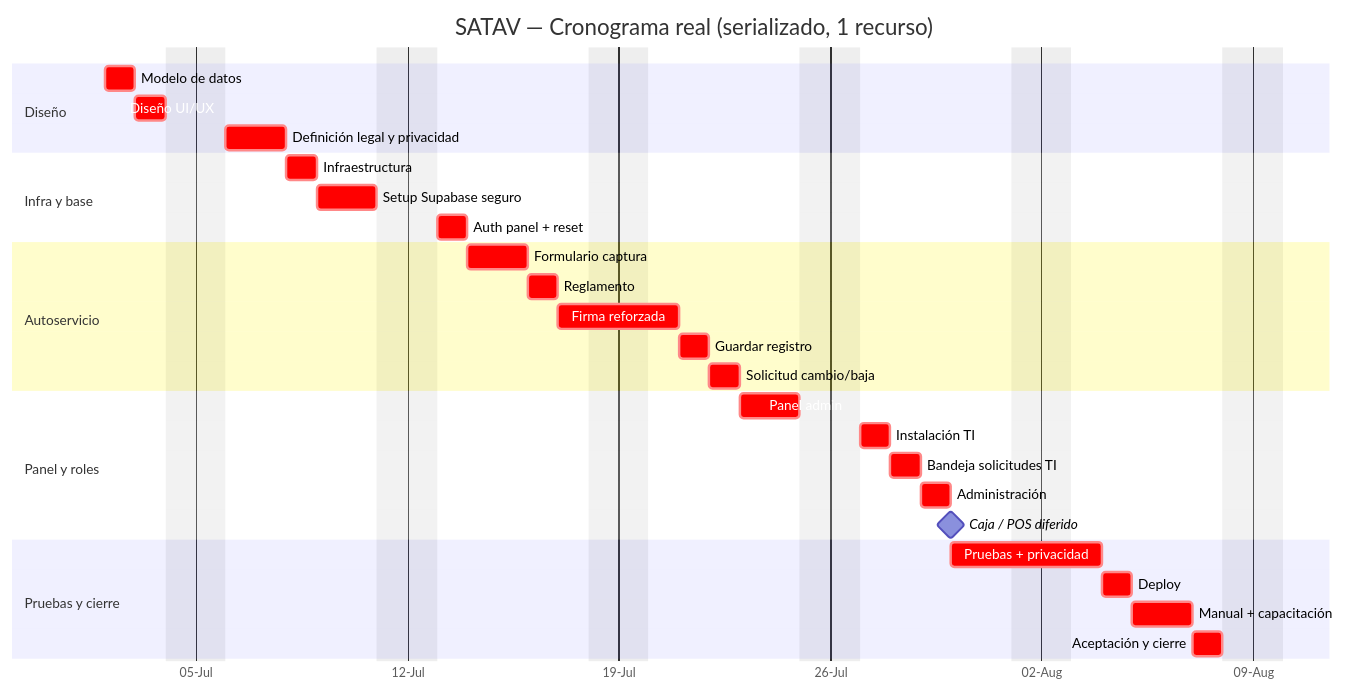
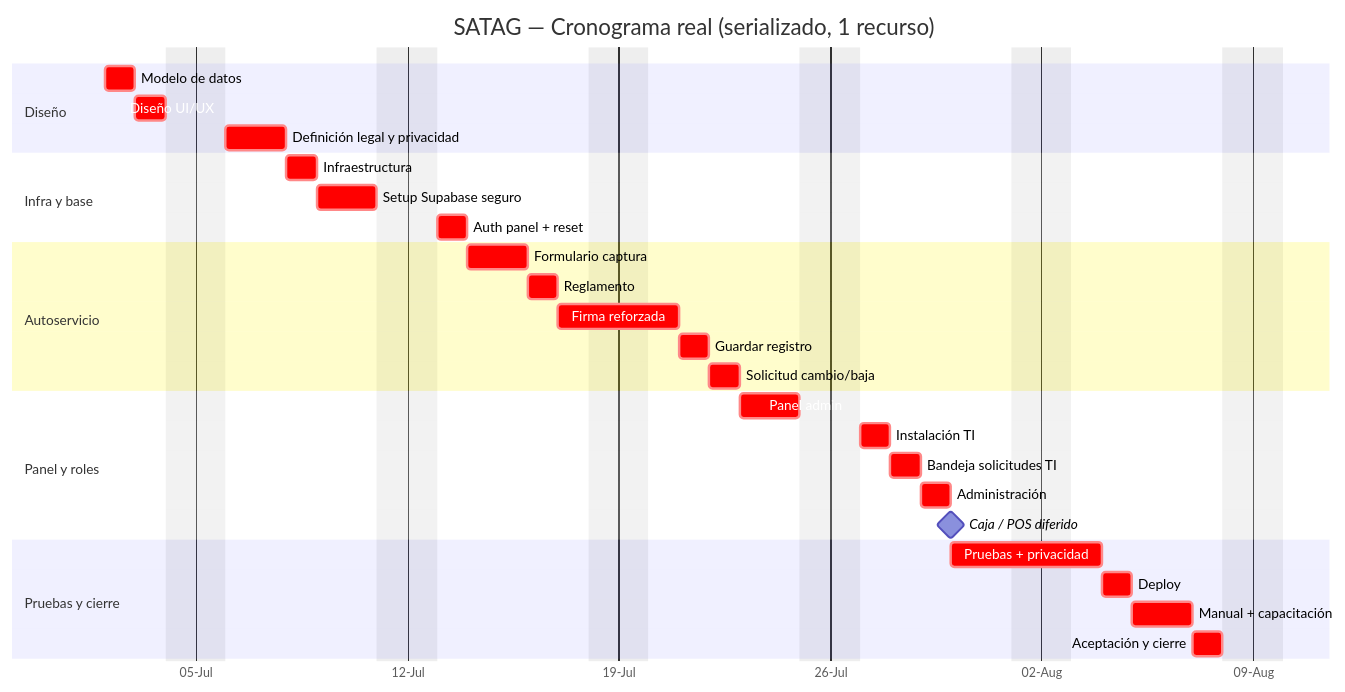
One commit to Proyectos-Web-IAQ/SATAG changed the diagram in Plan de Direccion/02 - Alcance, WBS y Cronograma.md. Above: the diagram before and after it, drawn with Mermaid. The commit also changed other lines of this file and 30 other files, not shown here.

Commit message:
Renombrar SATAV a SATAG

````diff
--- a/Plan de Direccion/02 - Alcance, WBS y Cronograma.md
+++ b/Plan de Direccion/02 - Alcance, WBS y Cronograma.md
@@ -267,32 +267,32 @@
 ```mermaid
 gantt
-  title SATAV — Cronograma real (serializado, 1 recurso)
+  title SATAG — Cronograma real (serializado, 1 recurso)
   dateFormat YYYY-MM-DD
   axisFormat %d-%b
   excludes weekends
   section Diseño
     Modelo de datos        :crit, a1, 2026-07-02, 1d
     Diseño UI/UX           :crit, a2, after a1, 1d
     Definición legal y privacidad :crit, a3, after a2, 1.5d
   section Infra y base
     Infraestructura        :crit, a4, after a3, 1d
     Setup Supabase seguro  :crit, a5, after a4, 1.5d
     Auth panel + reset     :crit, a6, after a5, 0.5d
   section Autoservicio
     Formulario captura     :crit, a7, after a6, 1.5d
     Reglamento             :crit, a8, after a7, 0.5d
     Firma reforzada        :crit, a9, after a8, 2d
     Guardar registro       :crit, a10, after a9, 1d
     Solicitud cambio/baja  :crit, a10b, after a10, 0.5d
   section Panel y roles
     Panel admin            :crit, a11, after a10b, 1.5d
     Instalación TI         :crit, a12, after a11, 1d
     Bandeja solicitudes TI :crit, a12b, after a12, 0.5d
     Administración         :crit, a13, after a12b, 1d
     Caja / POS diferido    :milestone, a13b, after a13, 0d
   section Pruebas y cierre
     Pruebas + privacidad   :crit, a14, after a13b, 3d
     Deploy                 :crit, a15, after a14, 0.5d
     Manual + capacitación  :crit, a16, after a15, 1.5d
     Aceptación y cierre    :crit, a17, after a16, 0.5d
 ```
````
